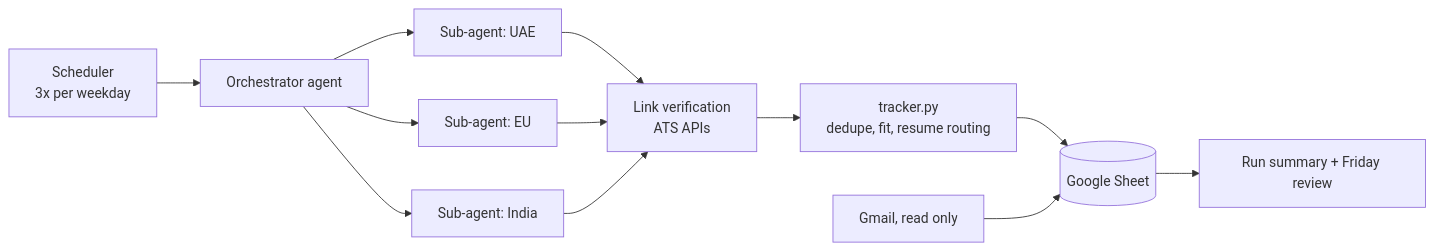
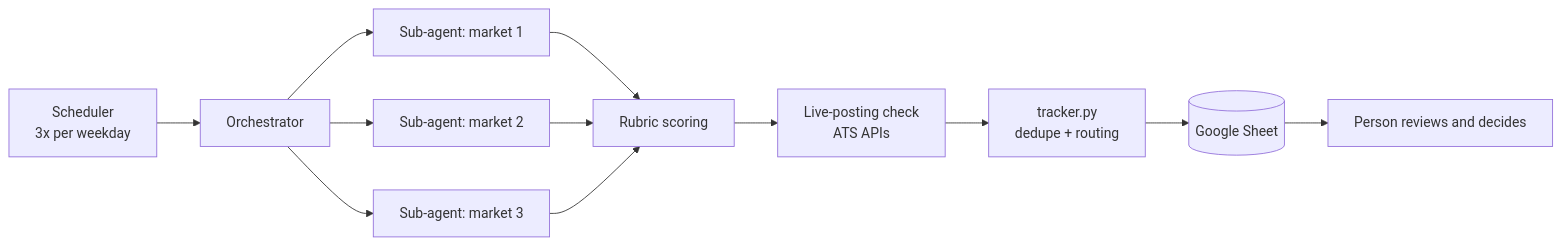
The diagram in README.md (mariyampangarkar19/job-search-agent), drawn with Mermaid before and after one commit. The commit also changed other lines of this file, not shown here.

````diff
--- a/README.md
+++ b/README.md
@@ -21,12 +20,12 @@
 ```mermaid
 flowchart LR
-    T[Scheduler<br/>3x per weekday] --> O[Orchestrator agent]
-    O --> A1[Sub-agent: UAE]
-    O --> A2[Sub-agent: EU]
-    O --> A3[Sub-agent: India]
-    A1 & A2 & A3 --> V[Link verification<br/>ATS APIs]
-    V --> TR[tracker.py<br/>dedupe, fit, resume routing]
+    T[Scheduler<br/>3x per weekday] --> O[Orchestrator]
+    O --> A1[Sub-agent: market 1]
+    O --> A2[Sub-agent: market 2]
+    O --> A3[Sub-agent: market 3]
+    A1 & A2 & A3 --> S[Rubric scoring]
+    S --> V[Live-posting check<br/>ATS APIs]
+    V --> TR[tracker.py<br/>dedupe + routing]
     TR --> GS[(Google Sheet)]
-    G[Gmail, read only] --> GS
-    GS --> R[Run summary + Friday review]
+    GS --> H[Person reviews and decides]
 ```
````
